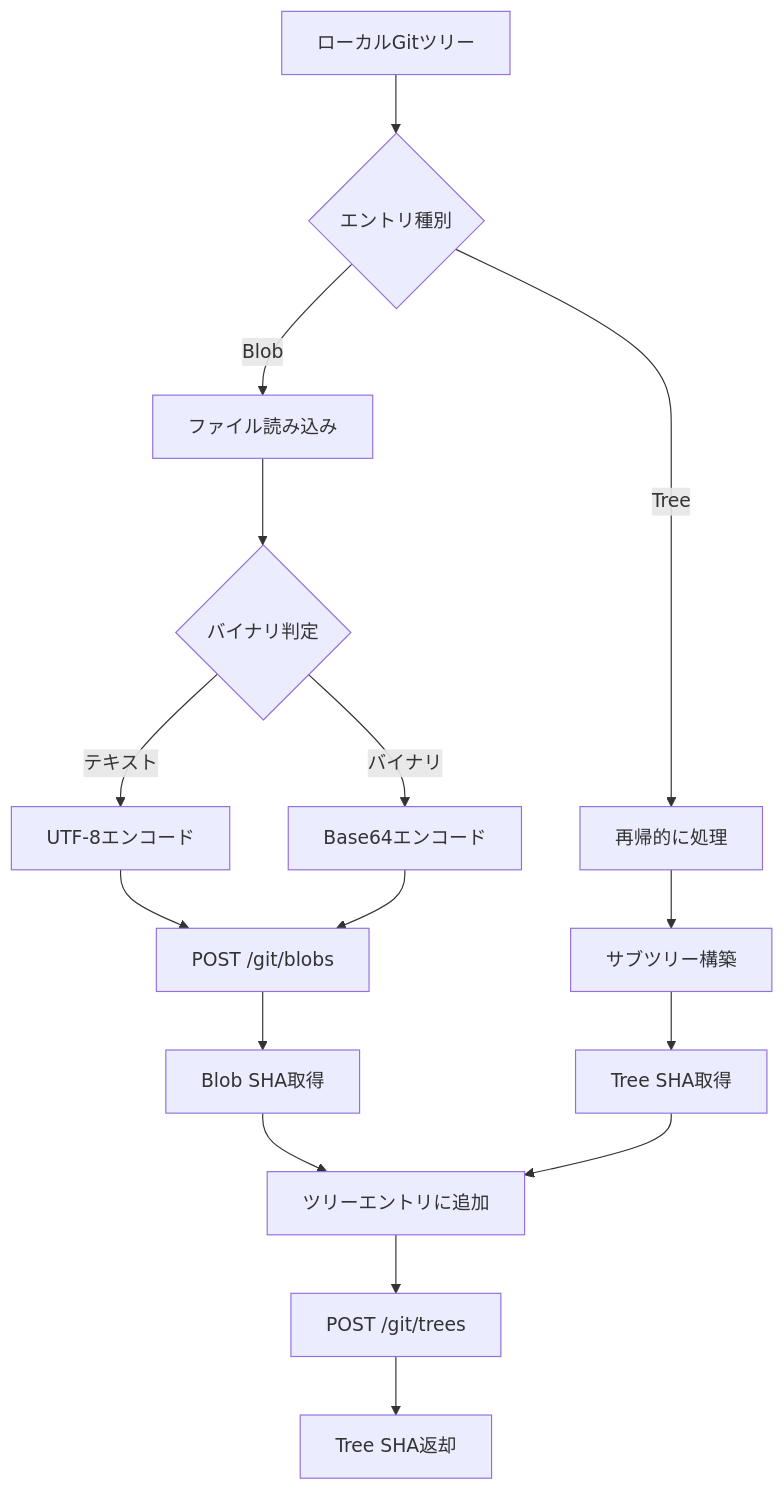
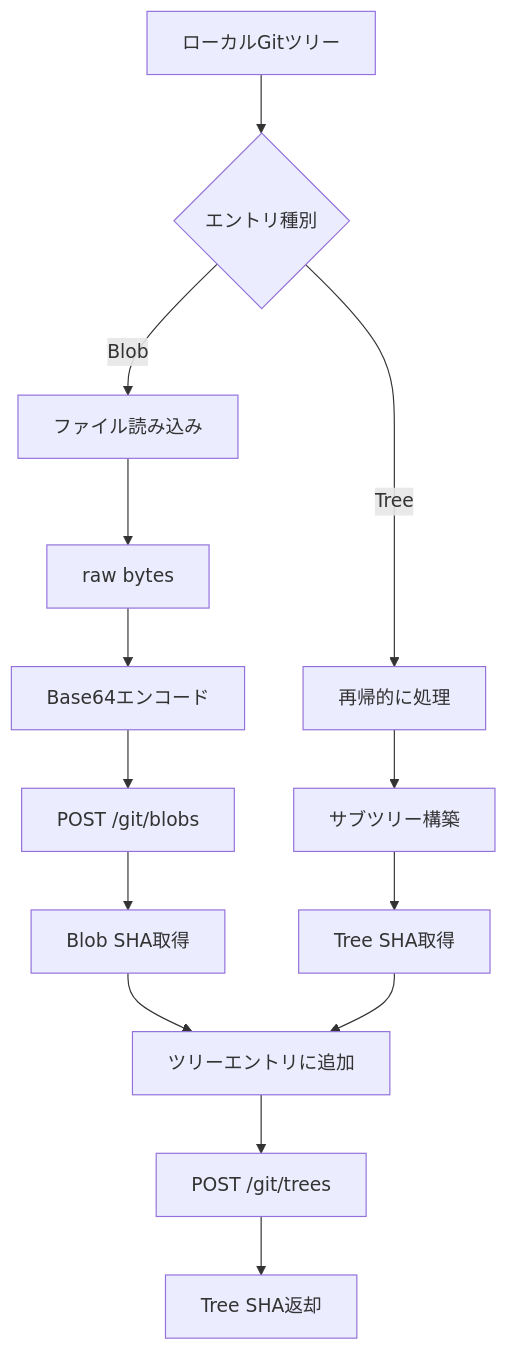
Before and after one commit to Stasshe/Pyxis-CodeCanvas: the seventh of 9 diagrams in docs/GITHUB-INTEGRATION.md, drawn with Mermaid. The commit also changed other lines of this file and 119 other files, not shown here.

````diff
--- a/docs/GITHUB-INTEGRATION.md
+++ b/docs/GITHUB-INTEGRATION.md
@@ -225,18 +227,16 @@
 ```mermaid
 graph TD
     A[ローカルGitツリー] --> B{エントリ種別}
     B -->|Blob| C[ファイル読み込み]
     B -->|Tree| D[再帰的に処理]
-    C --> E{バイナリ判定}
-    E -->|テキスト| F[UTF-8エンコード]
-    E -->|バイナリ| G[Base64エンコード]
+    C --> E[raw bytes]
+    E --> F[Base64エンコード]
     F --> H[POST /git/blobs]
-    G --> H
     H --> I[Blob SHA取得]
     D --> J[サブツリー構築]
     J --> K[Tree SHA取得]
     I --> L[ツリーエントリに追加]
     K --> L
     L --> M[POST /git/trees]
     M --> N[Tree SHA返却]
 ```
````
